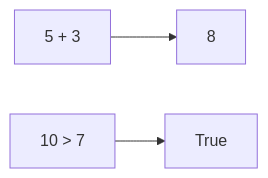
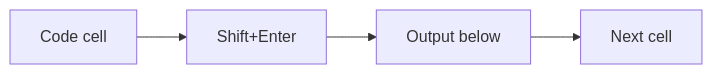
The eighth of 9 diagrams in IITP_AIML_Regional/IITP-AIMLT-2606/Module 1- Foundations of Data/Session 2- Python Fundamentals/pre-read: Python Fundamentals.md (ritzrmx/Masai_Curriculum), drawn with Mermaid before and after one commit. The commit also changed other lines of this file and 38 other files, not shown here.

````diff
--- a/IITP_AIML_Regional/IITP-AIMLT-2606/Module 1- Foundations of Data/Session 2- Python Fundamentals/pre-read: Python Fundamentals.md
+++ b/IITP_AIML_Regional/IITP-AIMLT-2606/Module 1- Foundations of Data/Session 2- Python Fundamentals/pre-read: Python Fundamentals.md
@@ -94,5 +352,6 @@
 ```mermaid
 flowchart LR
-    A[5 + 3] --> R1[8]
-    B[10 > 7] --> R2[True]
+    C[Code cell] --> R[Shift+Enter]
+    R --> O[Output below]
+    O --> N[Next cell]
 ```
````
